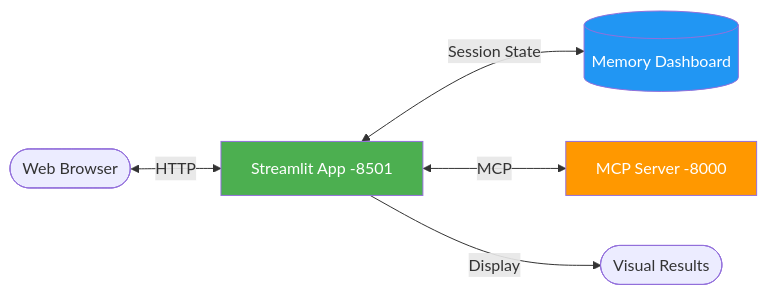
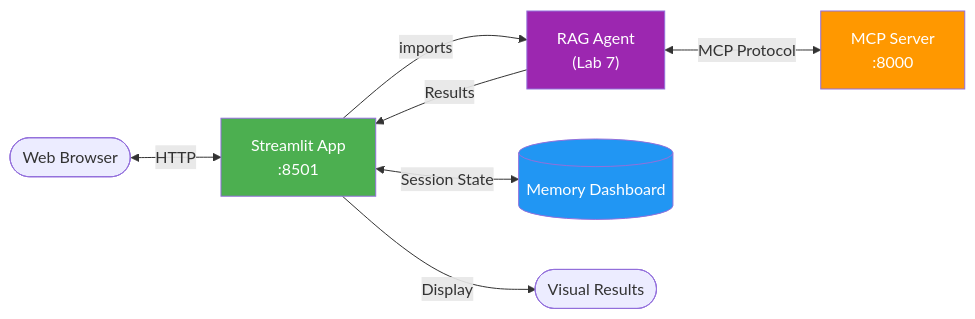
One commit to skillrepos/ai-3in1 changed the second of 7 diagrams in docs/architecture-lab8.md. Above: the diagram before and after it, drawn with Mermaid.

Commit message:
updates for lab 8

````diff
--- a/docs/architecture-lab8.md
+++ b/docs/architecture-lab8.md
@@ -61,11 +61,14 @@
 ```mermaid
 flowchart LR
-    Browser([Web Browser]) <-->|HTTP| Streamlit["Streamlit App  -8501"]
+    Browser([Web Browser]) <-->|HTTP| Streamlit["Streamlit App<br/>:8501"]
+    Streamlit -->|imports| Agent["RAG Agent<br/>(Lab 7)"]
     Streamlit <-->|Session State| Memory[(Memory Dashboard)]
-    Streamlit <-->|MCP| Server["MCP Server  -8000"]
+    Agent <-->|MCP Protocol| Server["MCP Server<br/>:8000"]
+    Agent -->|Results| Streamlit
     Streamlit -->|Display| Results([Visual Results])
 
     style Streamlit fill:#4CAF50,color:#fff
+    style Agent fill:#9C27B0,color:#fff
     style Memory fill:#2196F3,color:#fff
     style Server fill:#FF9800,color:#fff
 ```
````
